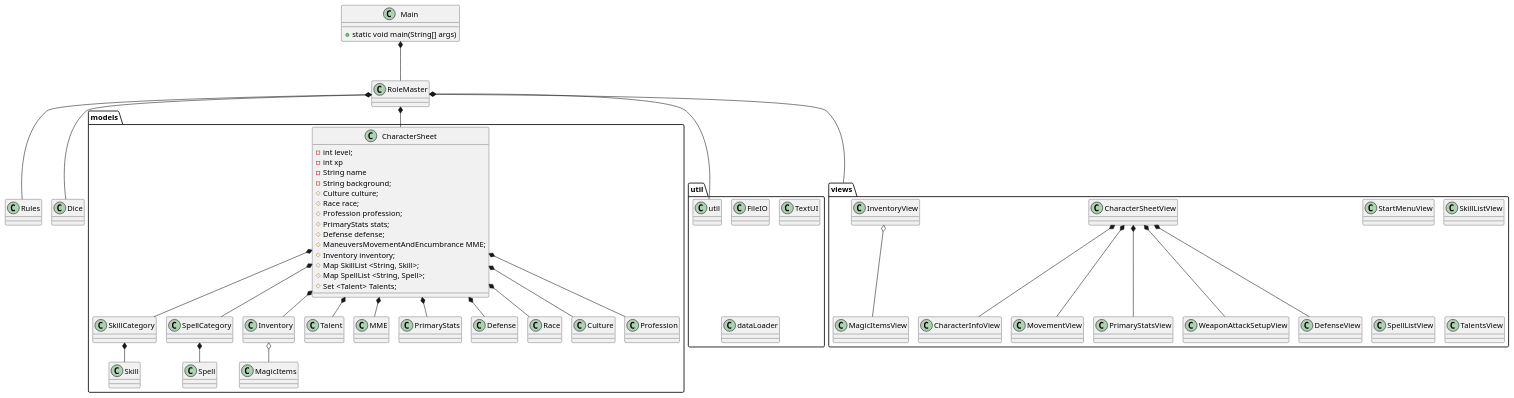
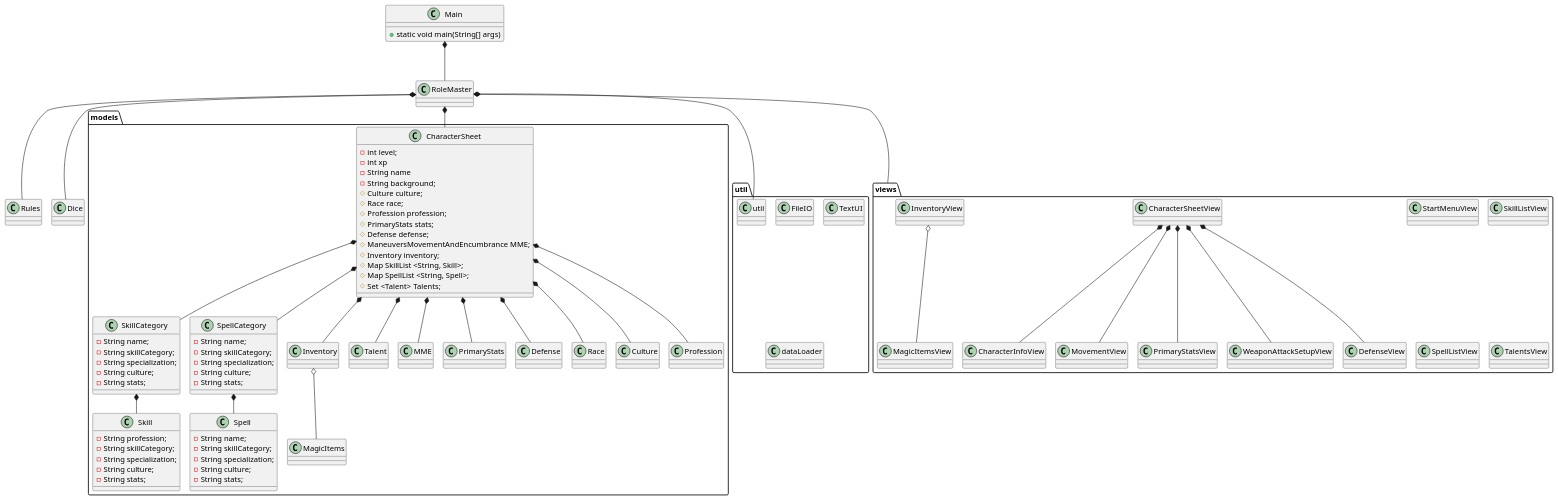
Before and after one commit to Falcho/ICE: the diagram in Docs/ClassDiagram.puml, drawn with PlantUML.

Commit message:
tilføjet atributter til nogle af klasserne

```diff
--- a/Docs/ClassDiagram.puml
+++ b/Docs/ClassDiagram.puml
@@ -1,95 +1,120 @@
 @startuml
 'https://plantuml.com/class-diagram
 !pragma layout smetana
 
 
 Class Main{
 +static void main(String[] args)
 }
 
 
 Class RoleMaster{}
 
 Class Rules{}
 Class Dice{}
 
 package views{
 Class StartMenuView{}
 Class CharacterSheetView{}
 Class CharacterInfoView{}
 Class SkillListView{}
 Class SpellListView{}
 Class InventoryView{}
 Class TalentsView{}
 Class MovementView{}
 Class PrimaryStatsView{}
 Class WeaponAttackSetupView{}
 Class DefenseView{}
 Class MagicItemsView{}
 }
 CharacterSheetView *-- CharacterInfoView
 CharacterSheetView *-- PrimaryStatsView
 CharacterSheetView *-- MovementView
 CharacterSheetView *-- WeaponAttackSetupView
 CharacterSheetView *-- DefenseView
 InventoryView o-- MagicItemsView
 
 package models{
 Class CharacterSheet{
 - int level;
 - int xp
 - String name
 - String background;
 # Culture culture;
 # Race race;
 # Profession profession;
 # PrimaryStats stats;
 # Defense defense;
 # ManeuversMovementAndEncumbrance MME;
 # Inventory inventory;
 # Map SkillList <String, Skill>;
 # Map SpellList <String, Spell>;
 # Set <Talent> Talents;
 }
-Class Skill{}
-Class SkillCategory{}
-Class Spell{}
-Class SpellCategory{}
-Class Inventory{}
+Class Skill{
+-String profession;
+-String skillCategory;
+-String specialization;
+-String culture;
+-String stats;
+}
+Class SkillCategory{
+-String name;
+-String skillCategory;
+-String specialization;
+-String culture;
+-String stats;
+}
+Class Spell{
+-String name;
+-String skillCategory;
+-String specialization;
+-String culture;
+-String stats;
+}
+Class SpellCategory{
+-String name;
+-String skillCategory;
+-String specialization;
+-String culture;
+-String stats;
+}
+Class Inventory{
+}
 Class Talent{}
 Class MME{}
 Class PrimaryStats{}
 Class Defense{}
 Class MagicItems{}
 Class Race{}
 Class Culture{}
 Class Profession{}
 }
 
 CharacterSheet *-- PrimaryStats
 CharacterSheet *-- MME
 CharacterSheet *-- Defense
 Inventory o-- MagicItems
 CharacterSheet *-- Talent
 CharacterSheet *-- SkillCategory
 SkillCategory *-- Skill
 CharacterSheet *-- SpellCategory
 SpellCategory *-- Spell
 CharacterSheet *-- Inventory
 CharacterSheet *-- Race
 CharacterSheet *-- Culture
 CharacterSheet *-- Profession
 
 
 package util {
     Class FileIO{}
     Class TextUI{}
     Class dataLoader{}
 
 Main *--- RoleMaster
 RoleMaster *-- CharacterSheet
 RoleMaster *-- views
 RoleMaster *-- Dice
 RoleMaster *-- util
 RoleMaster *-- Rules
 @enduml
```
